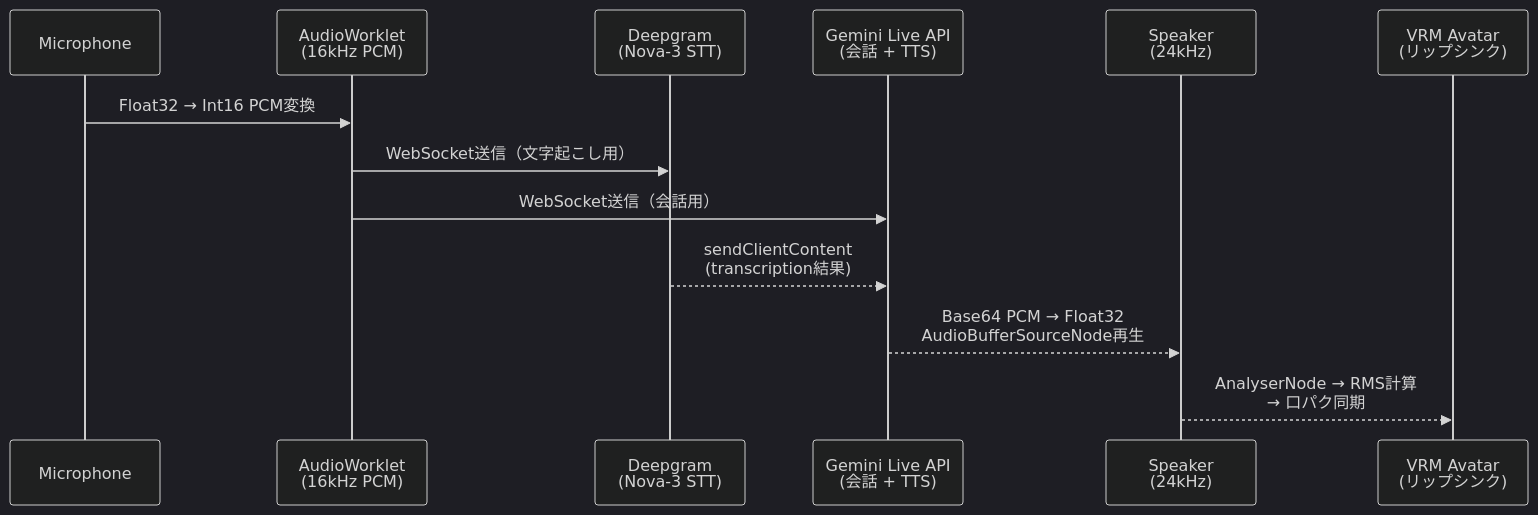
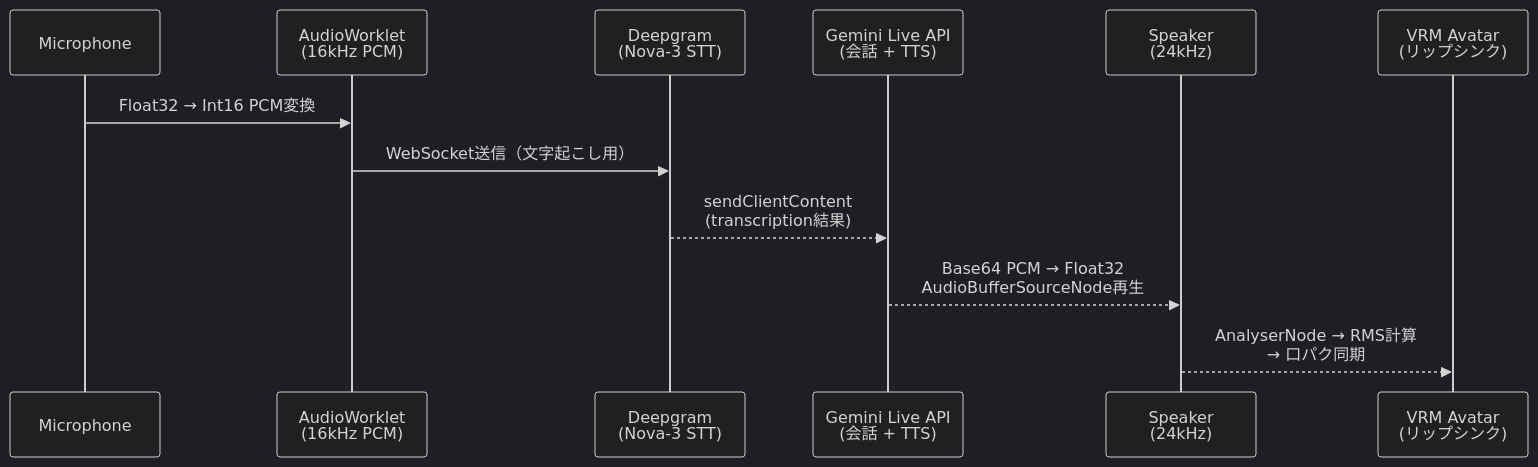
The first of 2 diagrams in articles/d735e7dfcc5cbf.md (sugar-cat7/zenn-book), drawn with Mermaid (dark theme) before and after one commit. The commit also changed other lines of this file and 5 other files, not shown here.

````diff
--- a/articles/d735e7dfcc5cbf.md
+++ b/articles/d735e7dfcc5cbf.md
@@ -137,16 +100,15 @@
 ```mermaid
 sequenceDiagram
     participant Mic as Microphone
     participant AW as AudioWorklet<br/>(16kHz PCM)
     participant DG as Deepgram<br/>(Nova-3 STT)
     participant GL as Gemini Live API<br/>(会話 + TTS)
     participant SPK as Speaker<br/>(24kHz)
     participant VRM as VRM Avatar<br/>(リップシンク)
 
     Mic->>AW: Float32 → Int16 PCM変換
     AW->>DG: WebSocket送信（文字起こし用）
-    AW->>GL: WebSocket送信（会話用）
     DG-->>GL: sendClientContent<br/>(transcription結果)
     GL-->>SPK: Base64 PCM → Float32<br/>AudioBufferSourceNode再生
     SPK-->>VRM: AnalyserNode → RMS計算<br/>→ 口パク同期
 ```
````
